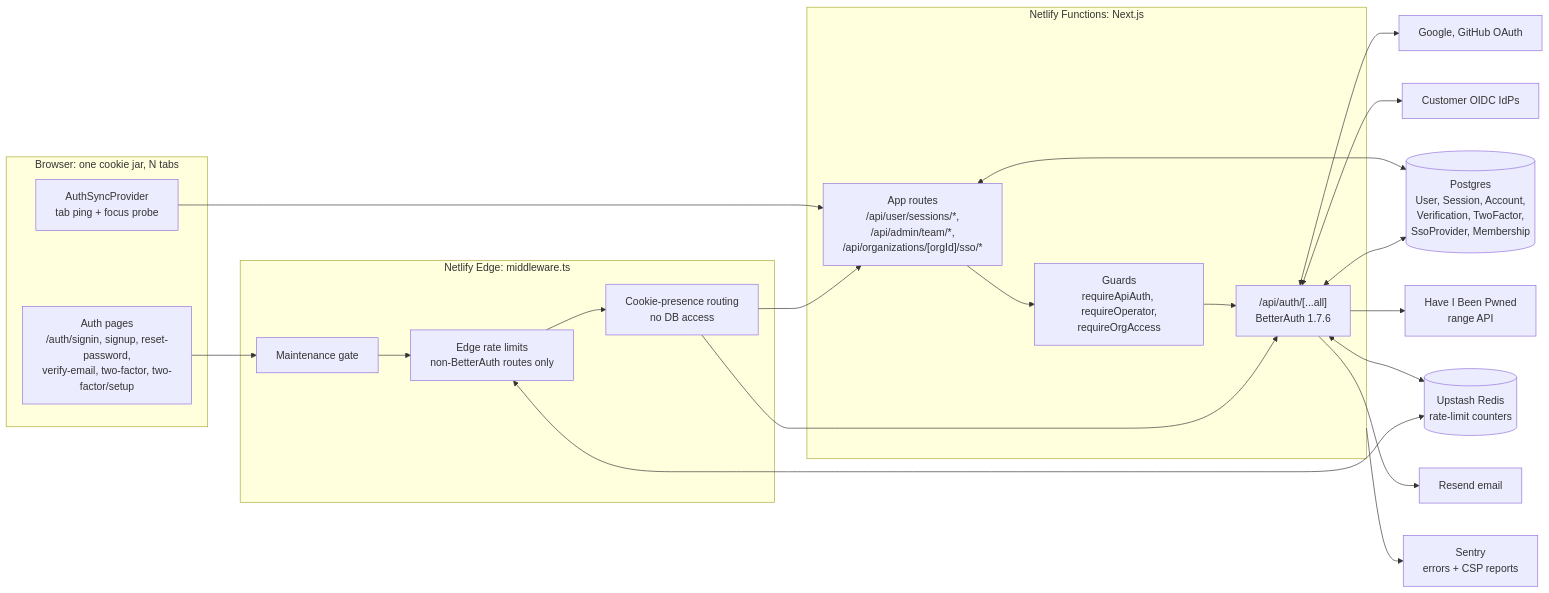
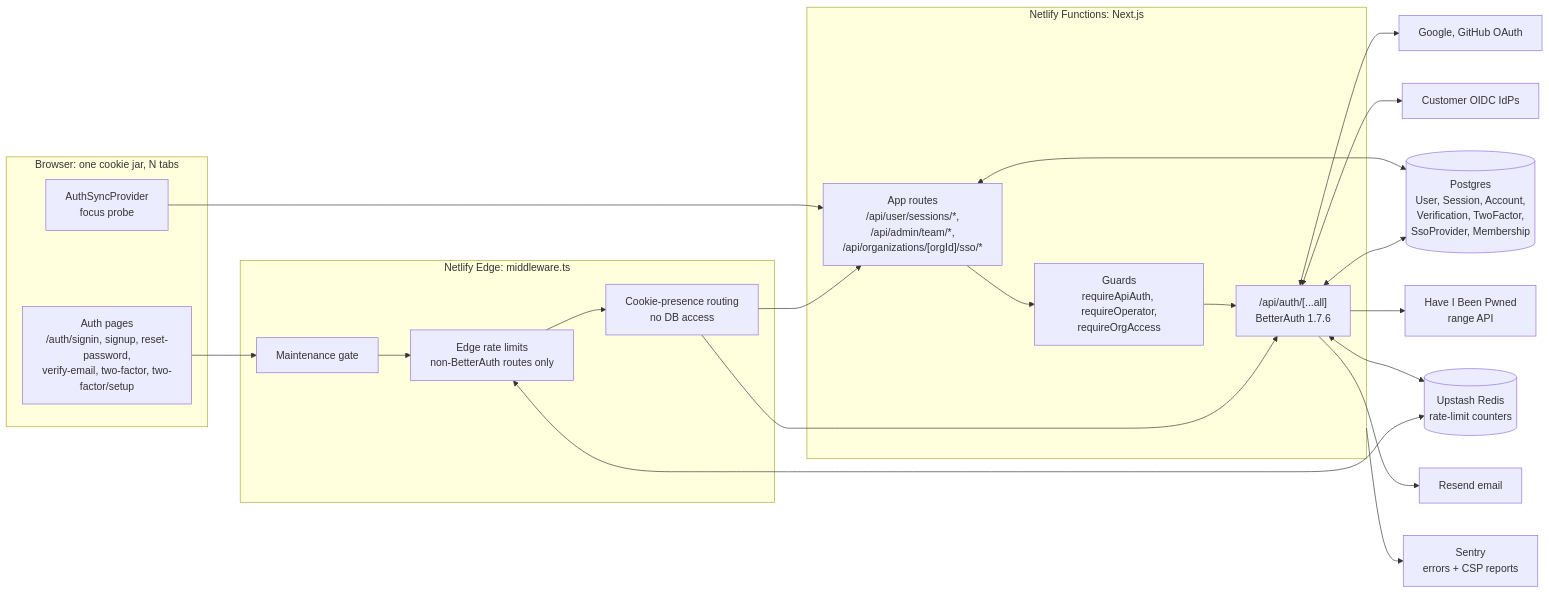
One commit to Practitionist/familiarise_web changed the diagram in docs/authentication/README.md. Above: the diagram before and after it, drawn with Mermaid. The commit also changed 19 other files, not shown here.

First line of the commit message:
refactor(auth): drop the session-generation counter, read guard and tab ping

````diff
--- a/docs/authentication/README.md
+++ b/docs/authentication/README.md
@@ -32,41 +32,41 @@
 ```mermaid
 flowchart LR
   subgraph Browser["Browser: one cookie jar, N tabs"]
     UI["Auth pages<br/>/auth/signin, signup, reset-password,<br/>verify-email, two-factor, two-factor/setup"]
-    SYNC["AuthSyncProvider<br/>tab ping + focus probe"]
+    SYNC["AuthSyncProvider<br/>focus probe"]
   end
 
   subgraph Edge["Netlify Edge: middleware.ts"]
     MM["Maintenance gate"]
     ERL["Edge rate limits<br/>non-BetterAuth routes only"]
     CK["Cookie-presence routing<br/>no DB access"]
   end
 
   subgraph Node["Netlify Functions: Next.js"]
     BA["/api/auth/[...all]<br/>BetterAuth 1.7.6"]
     APP["App routes<br/>/api/user/sessions/*,<br/>/api/admin/team/*,<br/>/api/organizations/[orgId]/sso/*"]
     G["Guards<br/>requireApiAuth, requireOperator,<br/>requireOrgAccess"]
   end
 
   PG[("Postgres<br/>User, Session, Account,<br/>Verification, TwoFactor,<br/>SsoProvider, Membership")]
   RD[("Upstash Redis<br/>rate-limit counters")]
   SOC["Google, GitHub OAuth"]
   IDP["Customer OIDC IdPs"]
   HIBP["Have I Been Pwned<br/>range API"]
   MAIL["Resend email"]
   SEN["Sentry<br/>errors + CSP reports"]
 
   UI --> MM --> ERL --> CK --> BA
   CK --> APP
   SYNC --> APP
   ERL <--> RD
   BA <--> PG
   BA <--> RD
   BA <--> SOC
   BA <--> IDP
   BA --> HIBP
   BA --> MAIL
   APP --> G --> BA
   APP <--> PG
   Node --> SEN
 ```
````
